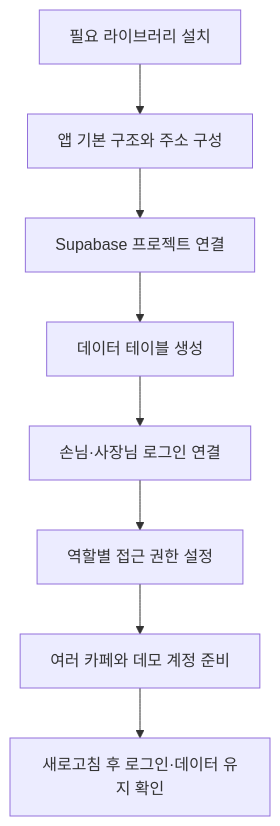
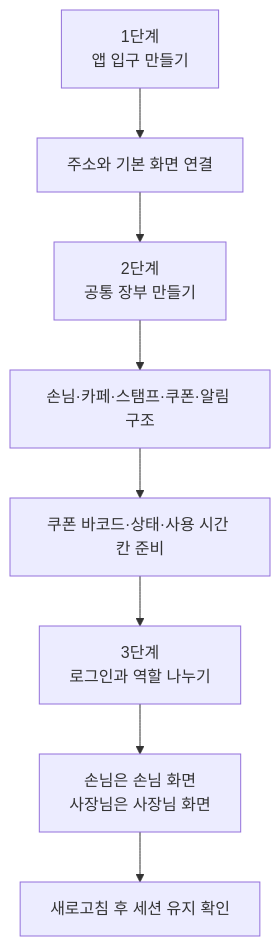
The sixth of 12 diagrams in docs/beginner-development-roadmap.md (Mureung1/hub-showcase), drawn with Mermaid before and after one commit. The commit also changed other lines of this file and 6 other files, not shown here.

Commit message:
docs(plan): MVP 개발 계획과 구조 다이어그램 정리

````diff
--- a/docs/beginner-development-roadmap.md
+++ b/docs/beginner-development-roadmap.md
@@ -127,10 +150,10 @@
 ```mermaid
 flowchart TD
-    A["필요 라이브러리 설치"] --> B["앱 기본 구조와 주소 구성"]
-    B --> C["Supabase 프로젝트 연결"]
-    C --> D["데이터 테이블 생성"]
-    D --> E["손님·사장님 로그인 연결"]
-    E --> F["역할별 접근 권한 설정"]
-    F --> G["여러 카페와 데모 계정 준비"]
-    G --> H["새로고침 후 로그인·데이터 유지 확인"]
+    A["1단계<br/>앱 입구 만들기"] --> B["주소와 기본 화면 연결"]
+    B --> C["2단계<br/>공통 장부 만들기"]
+    C --> D["손님·카페·스탬프·쿠폰·알림 구조"]
+    D --> E["쿠폰 바코드·상태·사용 시간 칸 준비"]
+    E --> F["3단계<br/>로그인과 역할 나누기"]
+    F --> G["손님은 손님 화면<br/>사장님은 사장님 화면"]
+    G --> H["새로고침 후 세션 유지 확인"]
 ```
````
